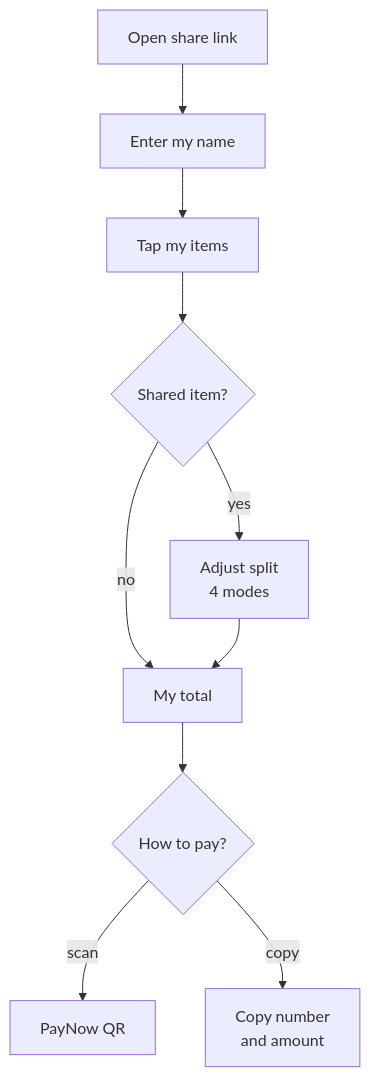
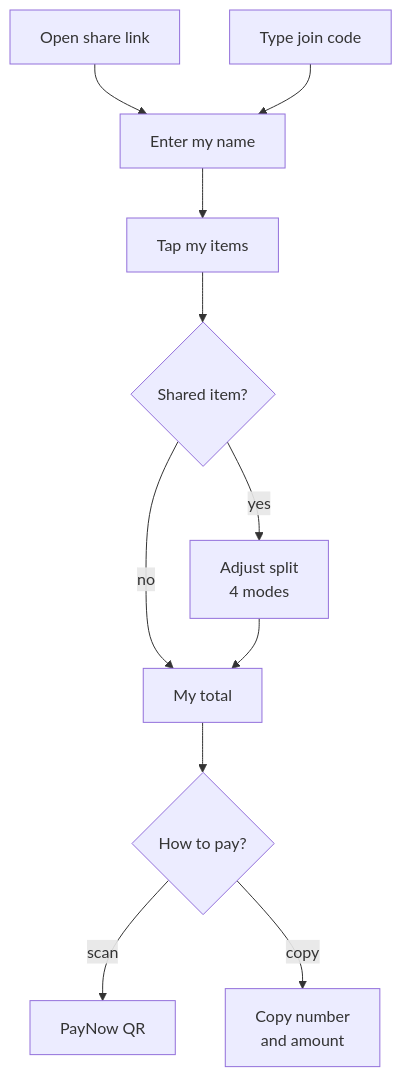
One commit to cheewei0123/ay2626s2-cicdp-ChongCheeWei changed the second of 3 diagrams in docs/user-flows.md. Above: the diagram before and after it, drawn with Mermaid. The commit also changed other lines of this file and 9 other files, not shown here.

First line of the commit message:
KAN-72 docs(design): add paste-text input and join code to API, flows and wireframes (#30)

````diff
--- a/docs/user-flows.md
+++ b/docs/user-flows.md
@@ -30,12 +34,13 @@
 ```mermaid
 flowchart TD
-  A[Open share link] --> B[Enter my name]
+  A1[Open share link] --> B[Enter my name]
+  A2[Type join code] --> B
   B --> C[Tap my items]
   C --> D{Shared item?}
   D -->|yes| E[Adjust split<br/>4 modes]
   D -->|no| F[My total]
   E --> F
   F --> G{How to pay?}
   G -->|scan| H[PayNow QR]
   G -->|copy| I[Copy number<br/>and amount]
 ```
````
